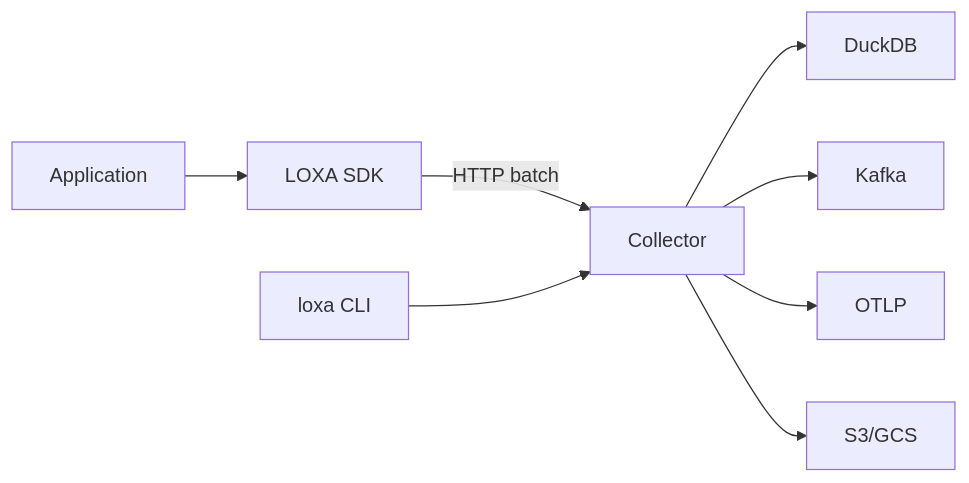
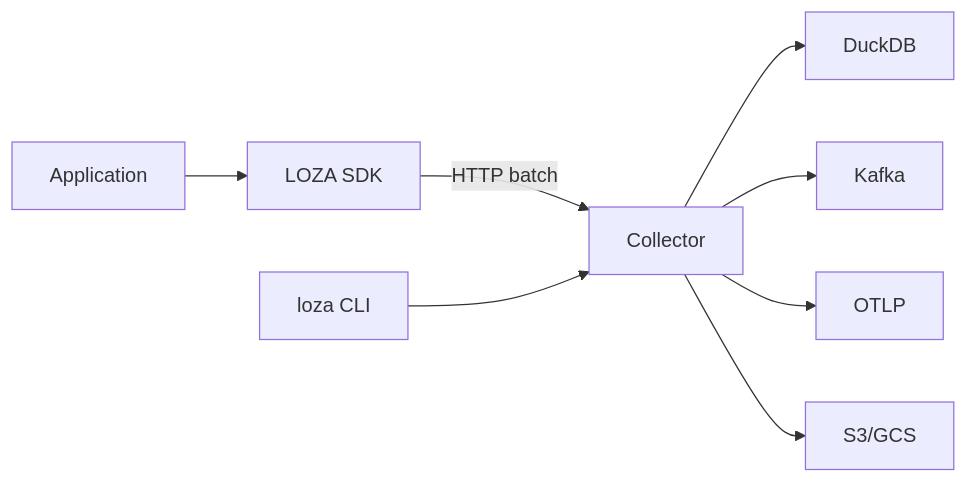
The first of 2 diagrams in docs/instrumentation.md (Astraive/loxa), drawn with Mermaid before and after one commit. The commit also changed other lines of this file and 1108 other files, not shown here.

````diff
--- a/docs/instrumentation.md
+++ b/docs/instrumentation.md
@@ -31,10 +31,10 @@
 ```mermaid
 graph LR
-    App[Application] --> SDK[LOXA SDK]
+    App[Application] --> SDK[LOZA SDK]
     SDK -->|HTTP batch| Collector[Collector]
     Collector --> DuckDB[DuckDB]
     Collector --> Kafka[Kafka]
     Collector --> OTLP[OTLP]
     Collector --> S3[S3/GCS]
-    CLI[loxa CLI] --> Collector
+    CLI[loza CLI] --> Collector
 ```
````
